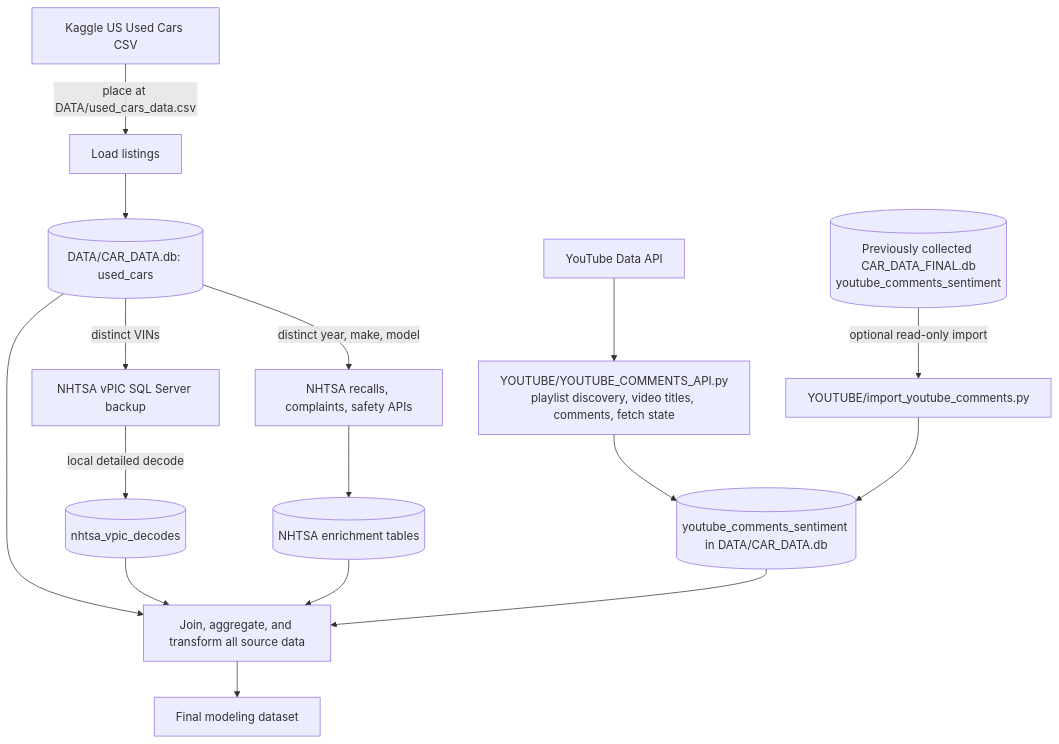
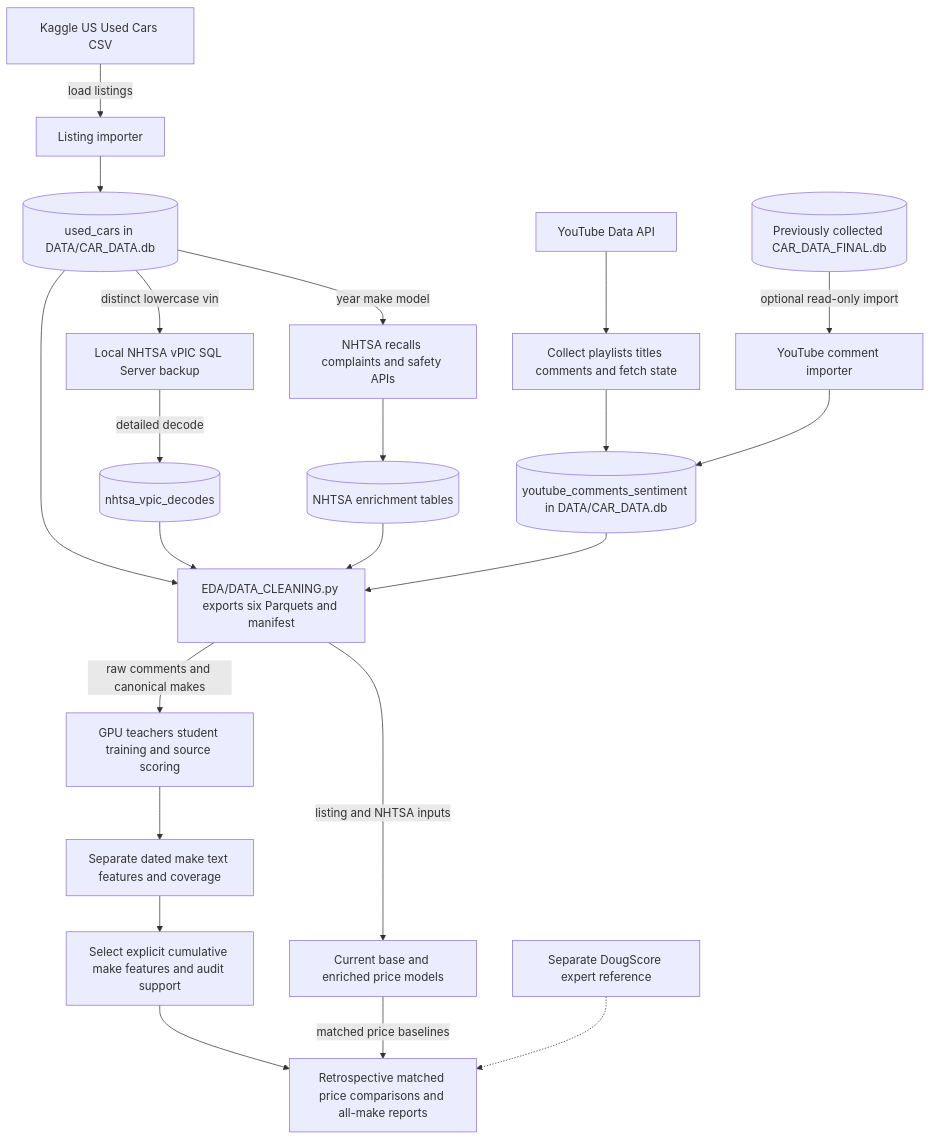
The first of 7 diagrams in README.md (danielrdgez/DataScience_Capstone_Cars), drawn with Mermaid before and after one commit. The commit also changed other lines of this file and 58 other files, not shown here.

````diff
--- a/README.md
+++ b/README.md
@@ -31,18 +35,24 @@
 ```mermaid
 flowchart TD
-    K[Kaggle US Used Cars CSV] -->|place at DATA/used_cars_data.csv| L[Load listings]
-    L --> DB[(DATA/CAR_DATA.db: used_cars)]
-    DB -->|distinct VINs| V[NHTSA vPIC SQL Server backup]
-      V -->|local detailed decode| VPIC[(nhtsa_vpic_decodes)]
-    DB -->|distinct year, make, model| API[NHTSA recalls, complaints, safety APIs]
-    API --> AUX[(NHTSA enrichment tables)]
-    YAPI[YouTube Data API] --> COLLECT[YOUTUBE/YOUTUBE_COMMENTS_API.py<br/>playlist discovery, video titles, comments, fetch state]
-    COLLECT --> YC[(youtube_comments_sentiment in DATA/CAR_DATA.db)]
-    EXT[(Previously collected CAR_DATA_FINAL.db<br/>youtube_comments_sentiment)] -->|optional read-only import| IMPORT[YOUTUBE/import_youtube_comments.py]
+    K["Kaggle US Used Cars CSV"] -->|load listings| L["Listing importer"]
+    L --> DB[("used_cars in DATA/CAR_DATA.db")]
+    DB -->|distinct lowercase vin| V["Local NHTSA vPIC SQL Server backup"]
+    V -->|detailed decode| VPIC[("nhtsa_vpic_decodes")]
+    DB -->|year make model| API["NHTSA recalls complaints and safety APIs"]
+    API --> AUX[("NHTSA enrichment tables")]
+    YAPI["YouTube Data API"] --> COLLECT["Collect playlists titles comments and fetch state"]
+    COLLECT --> YC[("youtube_comments_sentiment in DATA/CAR_DATA.db")]
+    EXT[("Previously collected CAR_DATA_FINAL.db")] -->|optional read-only import| IMPORT["YouTube comment importer"]
     IMPORT --> YC
-    DB --> ASSEMBLY[Join, aggregate, and transform all source data]
-    VPIC --> ASSEMBLY
-    AUX --> ASSEMBLY
-    YC --> ASSEMBLY
-    ASSEMBLY --> M[Final modeling dataset]
+    DB --> EXPORT["EDA/DATA_CLEANING.py exports six Parquets and manifest"]
+    VPIC --> EXPORT
+    AUX --> EXPORT
+    YC --> EXPORT
+    EXPORT -->|listing and NHTSA inputs| M["Current base and enriched price models"]
+    EXPORT -->|raw comments and canonical makes| TEXT["GPU teachers student training and source scoring"]
+    TEXT --> YT["Separate dated make text features and coverage"]
+    YT --> SELECT["Select explicit cumulative make features and audit support"]
+    SELECT --> ASSEMBLY["Retrospective matched price comparisons and all-make reports"]
+    M -->|matched price baselines| ASSEMBLY
+    EXPERT["Separate DougScore expert reference"] -.-> ASSEMBLY
 ```
````
